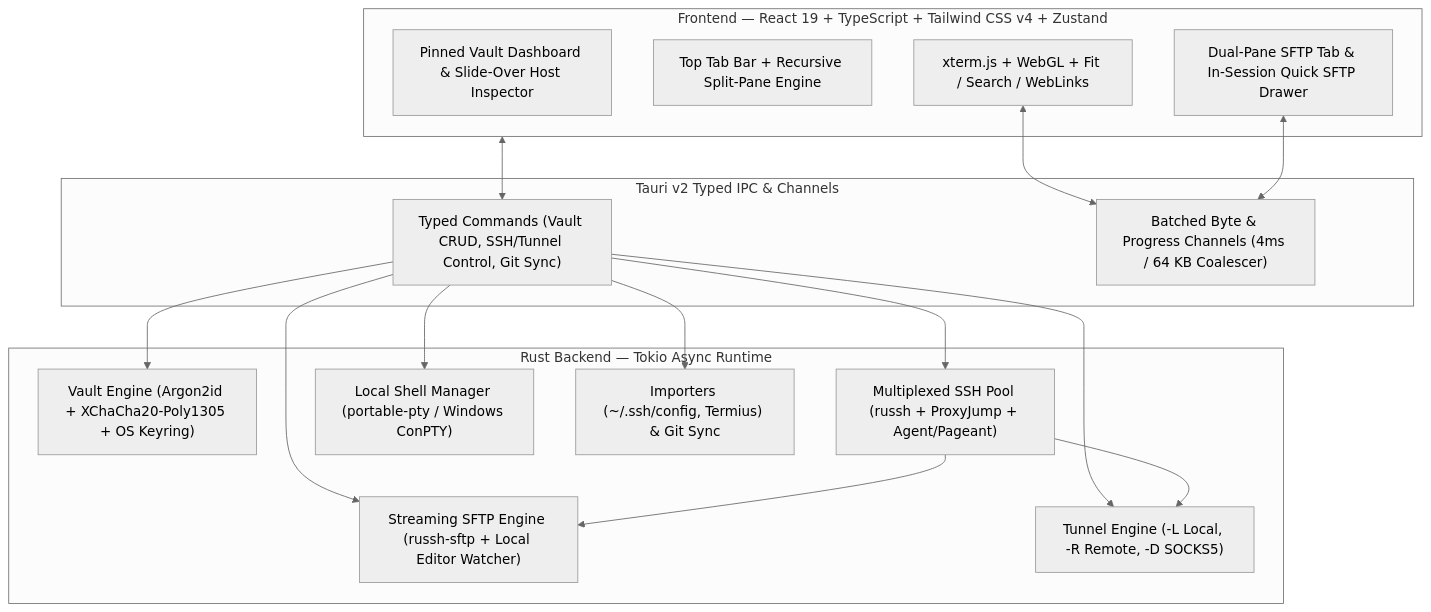
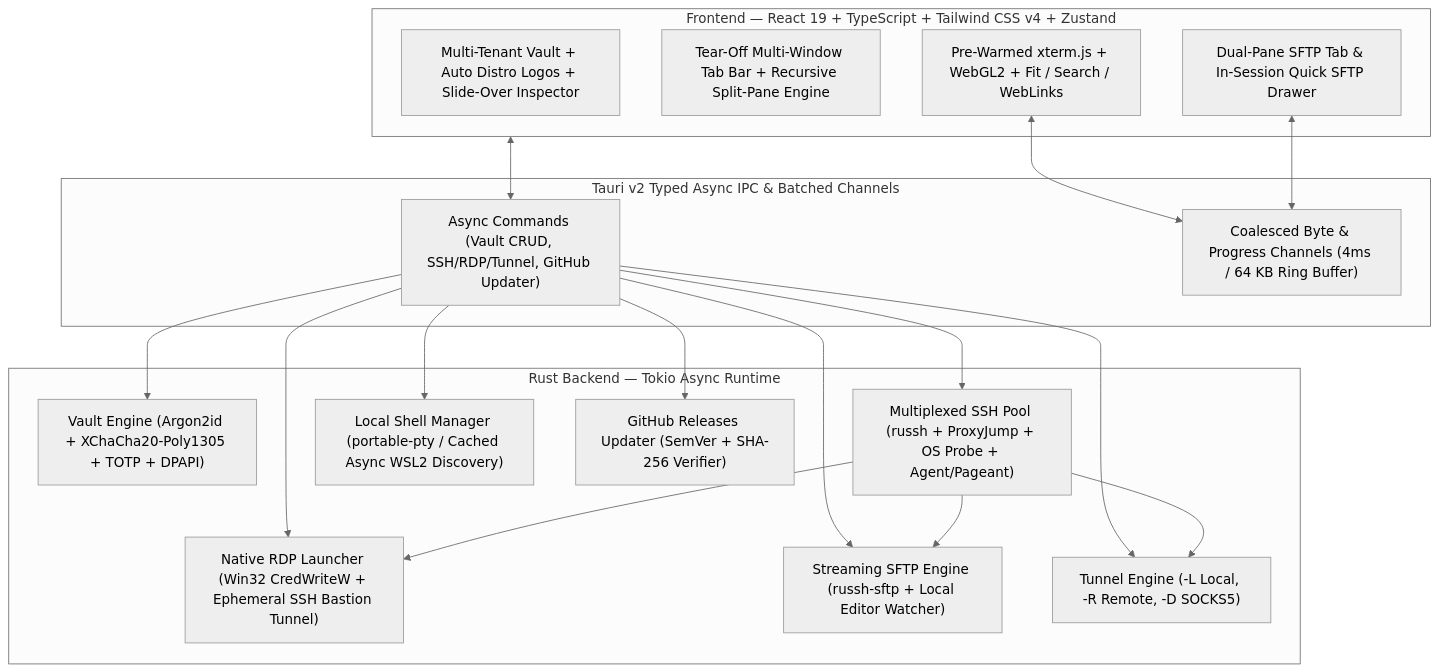
The diagram in README.md (jfmartineau45/skynetssh), drawn with Mermaid (neutral theme) before and after one commit. The commit also changed other lines of this file and 21 other files, not shown here.

Commit message:
release: SkynetSSH v1.0.0 — GitHub Releases auto-updater, CI/CD workflows, MIT license & v1.0 docs

````diff
--- a/README.md
+++ b/README.md
@@ -81,35 +98,38 @@
 ```mermaid
 flowchart TB
     subgraph UI["Frontend — React 19 + TypeScript + Tailwind CSS v4 + Zustand"]
-        VaultUI["Pinned Vault Dashboard & Slide-Over Host Inspector"]
-        Tabs["Top Tab Bar + Recursive Split-Pane Engine"]
-        Xterm["xterm.js + WebGL + Fit / Search / WebLinks"]
+        VaultUI["Multi-Tenant Vault + Auto Distro Logos + Slide-Over Inspector"]
+        Tabs["Tear-Off Multi-Window Tab Bar + Recursive Split-Pane Engine"]
+        Xterm["Pre-Warmed xterm.js + WebGL2 + Fit / Search / WebLinks"]
         SftpUI["Dual-Pane SFTP Tab & In-Session Quick SFTP Drawer"]
     end
 
-    subgraph IPC["Tauri v2 Typed IPC & Channels"]
-        Invoke["Typed Commands (Vault CRUD, SSH/Tunnel Control, Git Sync)"]
-        Stream["Batched Byte & Progress Channels (4ms / 64 KB Coalescer)"]
+    subgraph IPC["Tauri v2 Typed Async IPC & Batched Channels"]
+        Invoke["Async Commands (Vault CRUD, SSH/RDP/Tunnel, GitHub Updater)"]
+        Stream["Coalesced Byte & Progress Channels (4ms / 64 KB Ring Buffer)"]
     end
 
     subgraph Core["Rust Backend — Tokio Async Runtime"]
-        Vault["Vault Engine (Argon2id + XChaCha20-Poly1305 + OS Keyring)"]
-        Pool["Multiplexed SSH Pool (russh + ProxyJump + Agent/Pageant)"]
-        Pty["Local Shell Manager (portable-pty / Windows ConPTY)"]
+        Vault["Vault Engine (Argon2id + XChaCha20-Poly1305 + TOTP + DPAPI)"]
+        Pool["Multiplexed SSH Pool (russh + ProxyJump + OS Probe + Agent/Pageant)"]
+        Rdp["Native RDP Launcher (Win32 CredWriteW + Ephemeral SSH Bastion Tunnel)"]
+        Pty["Local Shell Manager (portable-pty / Cached Async WSL2 Discovery)"]
         Sftp["Streaming SFTP Engine (russh-sftp + Local Editor Watcher)"]
         Tunnel["Tunnel Engine (-L Local, -R Remote, -D SOCKS5)"]
-        Sync["Importers (~/.ssh/config, Termius) & Git Sync"]
+        Updater["GitHub Releases Updater (SemVer + SHA-256 Verifier)"]
     end
 
     UI <--> Invoke
     Xterm <--> Stream
     SftpUI <--> Stream
     Invoke --> Vault
     Invoke --> Pool
+    Invoke --> Rdp
     Invoke --> Pty
     Invoke --> Sftp
     Invoke --> Tunnel
-    Invoke --> Sync
+    Invoke --> Updater
+    Pool --> Rdp
     Pool --> Sftp
     Pool --> Tunnel
 ```
````
